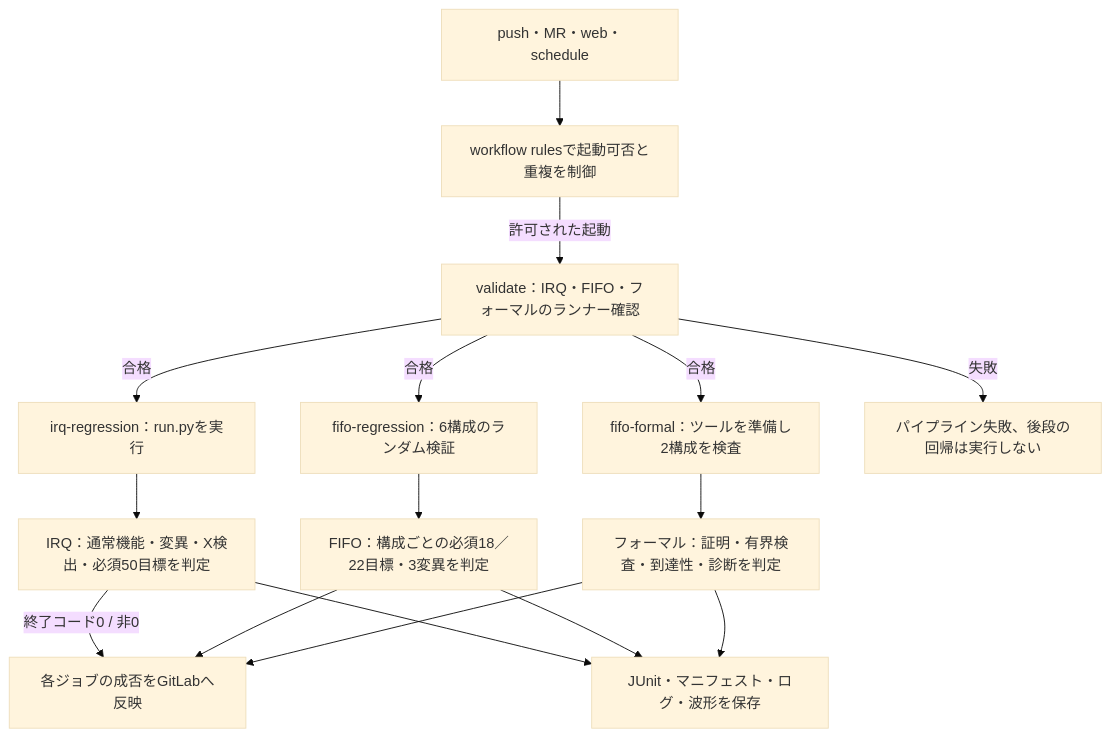
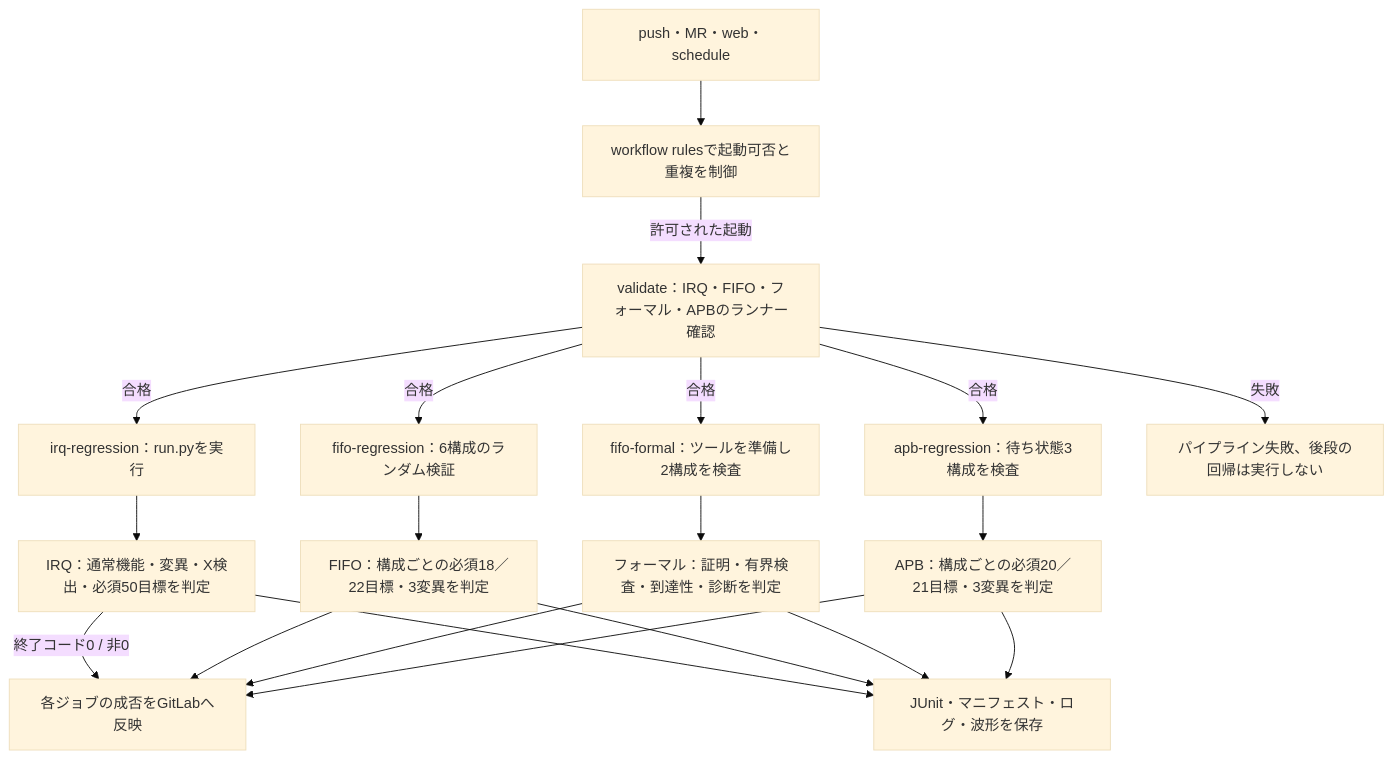
One commit to kurochan001/lsi-verification-method changed the diagram in examples/gitlab-regression/README.md. Above: the diagram before and after it, drawn with Mermaid (base theme). The commit also changed other lines of this file and 13 other files, not shown here.

````diff
--- a/examples/gitlab-regression/README.md
+++ b/examples/gitlab-regression/README.md
@@ -78,20 +78,24 @@
 ```mermaid
 flowchart TD
-  accTitle: 三つの検証例を実行するGitLabパイプライン
-  accDescr: workflowが許可した起動で三種類のランナー確認を行い、成功後にIRQ、FIFO六構成、フォーマル二構成を実行して結果と証跡を保存する。
+  accTitle: 四つの検証例を実行するGitLabパイプライン
+  accDescr: workflowが許可した起動で四種類のランナー確認を行い、成功後にIRQ、FIFO六構成、フォーマル二構成、APB三構成を実行して結果と証跡を保存する。
   T["push・MR・web・schedule"] --> W["workflow rulesで起動可否と重複を制御"]
-  W -- "許可された起動" --> V["validate：IRQ・FIFO・フォーマルのランナー確認"]
+  W -- "許可された起動" --> V["validate：IRQ・FIFO・フォーマル・APBのランナー確認"]
   V -- "合格" --> R["irq-regression：run.pyを実行"]
   V -- "合格" --> Q["fifo-regression：6構成のランダム検証"]
   V -- "合格" --> M["fifo-formal：ツールを準備し2構成を検査"]
+  V -- "合格" --> B["apb-regression：待ち状態3構成を検査"]
   V -- "失敗" --> F["パイプライン失敗、後段の回帰は実行しない"]
   R --> G["IRQ：通常機能・変異・X検出・必須50目標を判定"]
   Q --> GQ["FIFO：構成ごとの必須18／22目標・3変異を判定"]
   M --> GM["フォーマル：証明・有界検査・到達性・診断を判定"]
+  B --> GB["APB：構成ごとの必須20／21目標・3変異を判定"]
   G -- "終了コード0 / 非0" --> J["各ジョブの成否をGitLabへ反映"]
   GQ --> J
   GM --> J
+  GB --> J
   G --> A["JUnit・マニフェスト・ログ・波形を保存"]
   GQ --> A
   GM --> A
+  GB --> A
 ```
````
